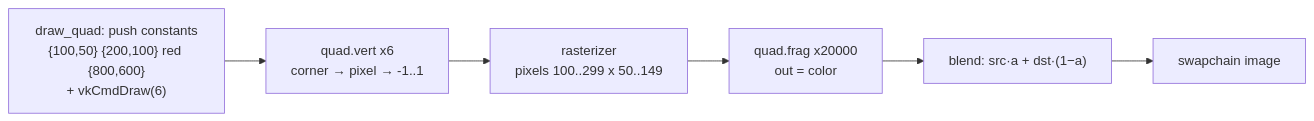
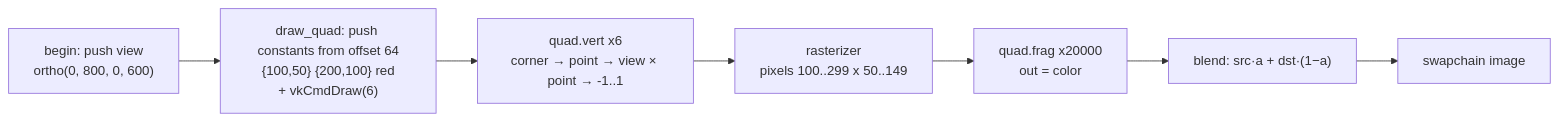
The second of 3 diagrams in docs/features/renderer.md (aski97/reborn-engine), drawn with Mermaid before and after one commit. The commit also changed other lines of this file and 21 other files, not shown here.

````diff
--- a/docs/features/renderer.md
+++ b/docs/features/renderer.md
@@ -104,8 +109,9 @@
 ```mermaid
 flowchart LR
-    C["draw_quad: push constants<br/>{100,50} {200,100} red {800,600}<br/>+ vkCmdDraw(6)"] --> V["quad.vert x6<br/>corner → pixel → -1..1"]
+    B0["begin: push view<br/>ortho(0, 800, 0, 600)"] --> C
+    C["draw_quad: push constants from offset 64<br/>{100,50} {200,100} red<br/>+ vkCmdDraw(6)"] --> V["quad.vert x6<br/>corner → point → view × point → -1..1"]
     V --> RS["rasterizer<br/>pixels 100..299 x 50..149"]
     RS --> FS["quad.frag x20000<br/>out = color"]
     FS --> B["blend: src·a + dst·(1−a)"]
     B --> IMG["swapchain image"]
 ```
````
